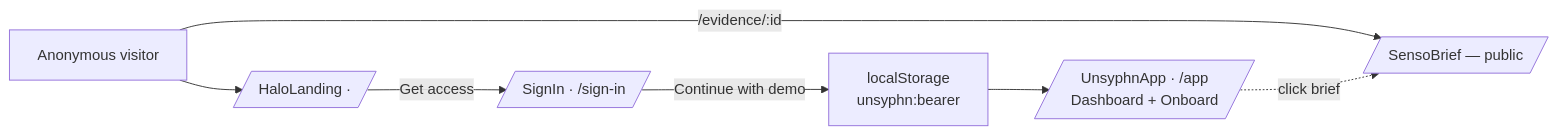
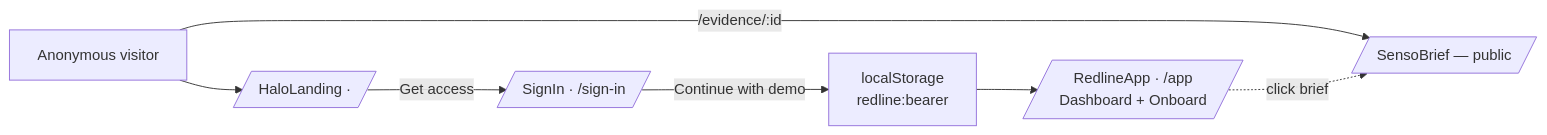
The fifth of 8 diagrams in README.md (d3v07/Datadog_Hackathon), drawn with Mermaid before and after one commit. The commit also changed other lines of this file and 71 other files, not shown here.

````diff
--- a/README.md
+++ b/README.md
@@ -346,9 +346,9 @@
 ```mermaid
 flowchart LR
     Anon[Anonymous visitor] --> Landing[/HaloLanding · /]
     Landing -->|Get access| SignIn[/SignIn · /sign-in/]
-    SignIn -->|Continue with demo| Session[localStorage<br/>unsyphn:bearer]
-    Session --> App[/UnsyphnApp · /app<br/>Dashboard + Onboard/]
+    SignIn -->|Continue with demo| Session[localStorage<br/>redline:bearer]
+    Session --> App[/RedlineApp · /app<br/>Dashboard + Onboard/]
     Anon -->|/evidence/:id| Brief[/SensoBrief — public/]
     App -.click brief.-> Brief
 ```
````
